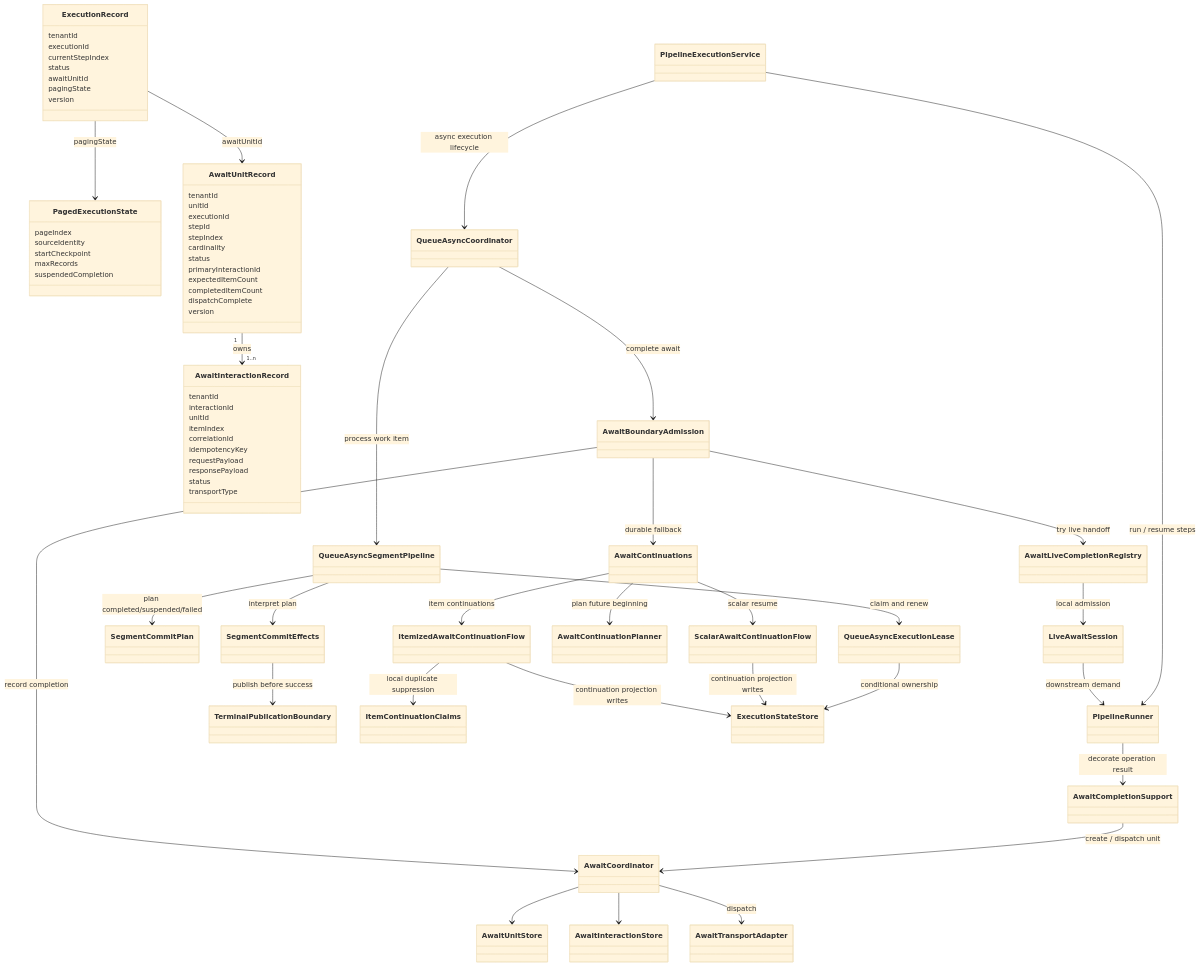
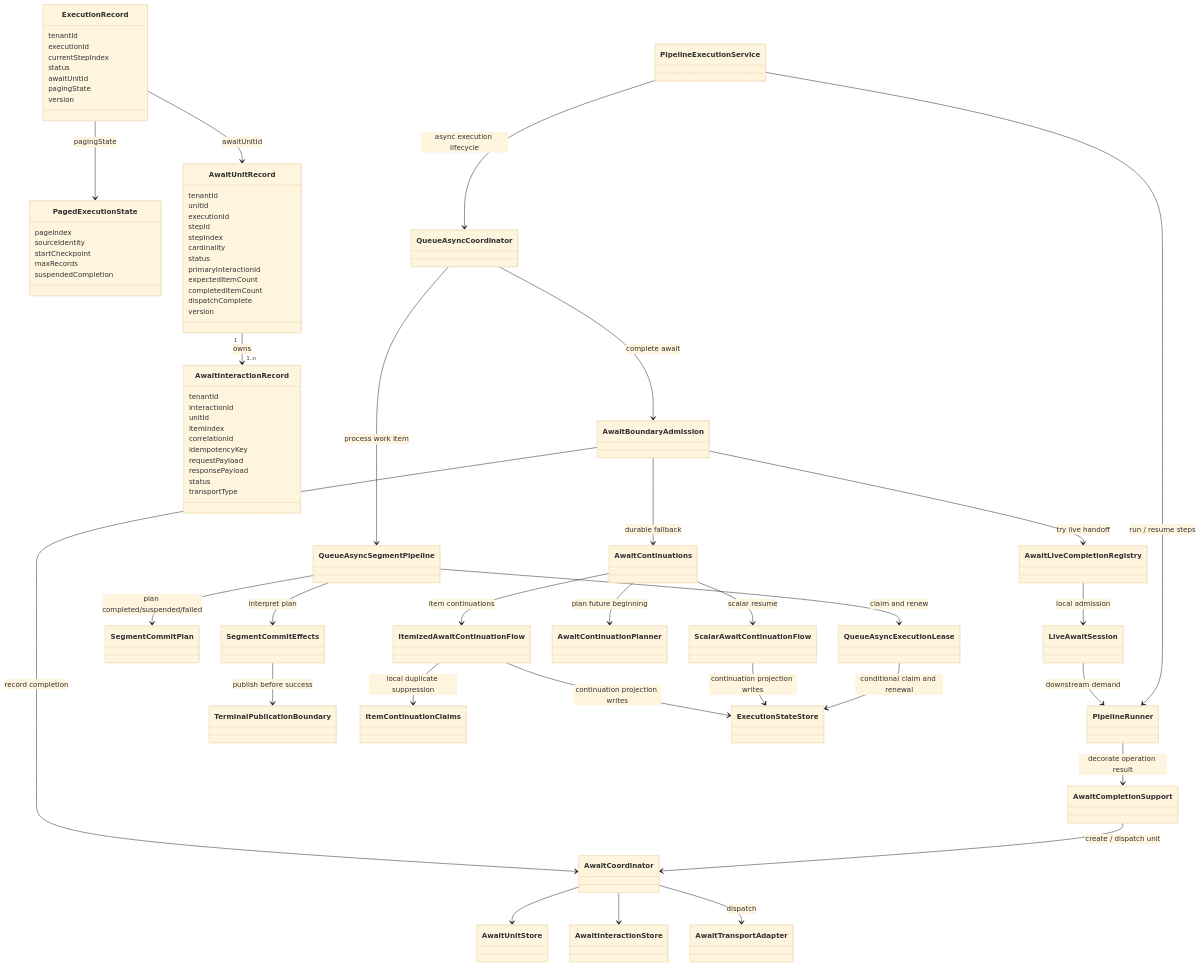
Before and after one commit to The-Pipeline-Framework/pipelineframework: the first of 2 diagrams in docs/evolve/await-unit-runtime/index.md, drawn with Mermaid (base theme). The commit also changed 1 other file, not shown here.

Commit message:
Clarify the lease lifetime and store operations

```diff
--- a/docs/evolve/await-unit-runtime/index.md
+++ b/docs/evolve/await-unit-runtime/index.md
@@ -136,7 +136,7 @@
     PipelineExecutionService --> QueueAsyncCoordinator : async execution lifecycle
     QueueAsyncCoordinator --> QueueAsyncSegmentPipeline : process work item
     QueueAsyncSegmentPipeline --> QueueAsyncExecutionLease : claim and renew
-    QueueAsyncExecutionLease --> ExecutionStateStore : conditional ownership
+    QueueAsyncExecutionLease --> ExecutionStateStore : conditional claim and renewal
     QueueAsyncSegmentPipeline --> SegmentCommitPlan : plan completed/suspended/failed
     QueueAsyncSegmentPipeline --> SegmentCommitEffects : interpret plan
     SegmentCommitEffects --> TerminalPublicationBoundary : publish before success
```
